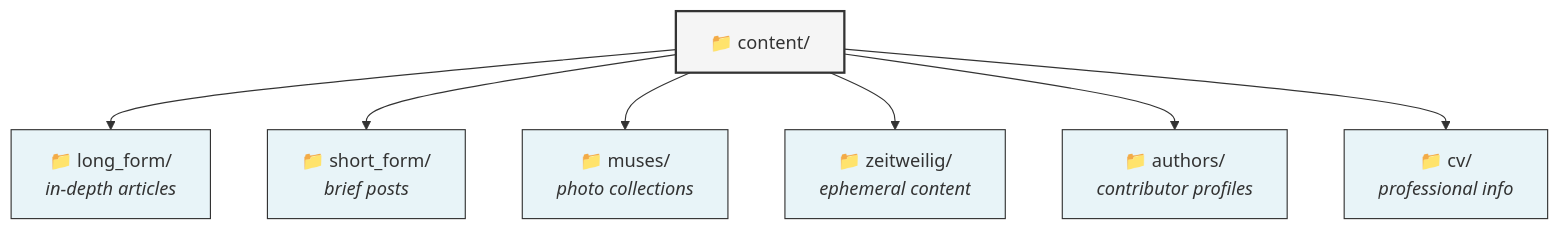
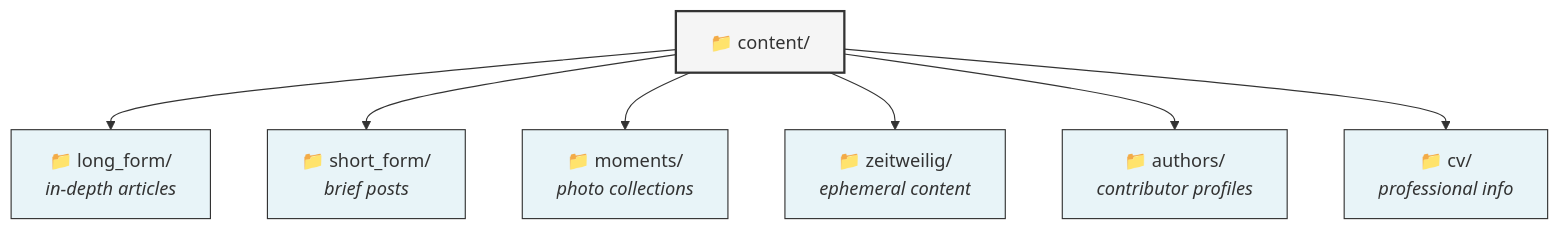
Before and after one commit to michalroziel/revista-3: the fourth of 9 diagrams in README.md, drawn with Mermaid. The commit also changed other lines of this file and 55 other files, not shown here.

````diff
--- a/README.md
+++ b/README.md
@@ -239,15 +239,15 @@
 ```mermaid
 graph TD
     classDef rootDir fill:#f5f5f5,stroke:#333,stroke-width:2px
     classDef contentType fill:#e8f4f8,stroke:#333,stroke-width:1px
     
     A["📁 content/"] --> B["📁 long_form/<br><i>in-depth articles</i>"]
     A --> C["📁 short_form/<br><i>brief posts</i>"]
-    A --> D["📁 muses/<br><i>photo collections</i>"]
+    A --> D["📁 moments/<br><i>photo collections</i>"]
     A --> E["📁 zeitweilig/<br><i>ephemeral content</i>"]
     A --> F["📁 authors/<br><i>contributor profiles</i>"]
     A --> G["📁 cv/<br><i>professional info</i>"]
     
     class A rootDir
     class B,C,D,E,F,G contentType
 ```
````
